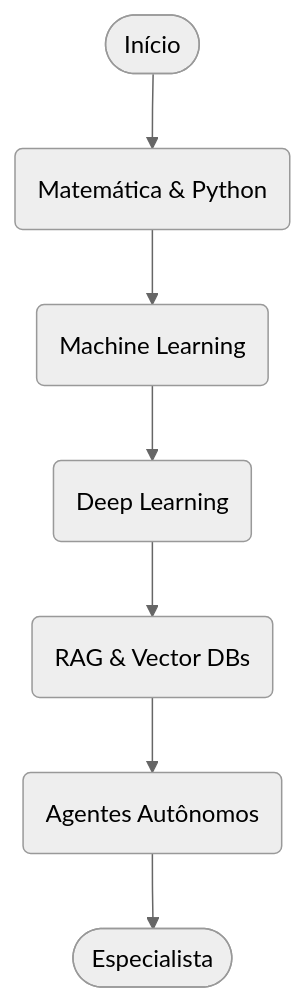
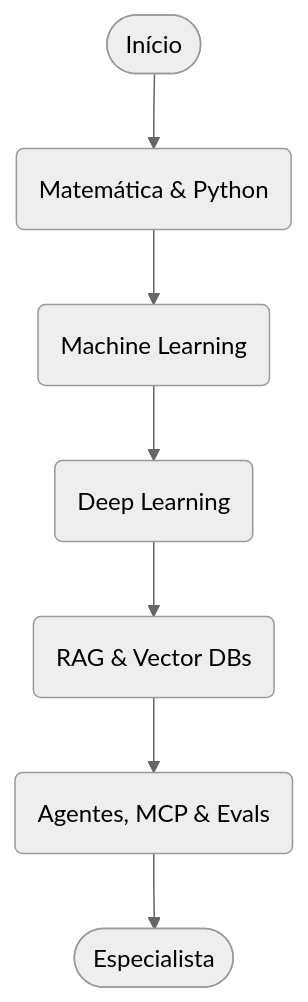
The diagram in roadmaps/ai/artificial-intelligence.md (juninmd/roadmap-developer), drawn with Mermaid (neutral theme) before and after one commit. The commit also changed other lines of this file and 22 other files, not shown here.

````diff
--- a/roadmaps/ai/artificial-intelligence.md
+++ b/roadmaps/ai/artificial-intelligence.md
@@ -5,9 +5,9 @@
 ```mermaid
 flowchart TD
     Start([Início]) --> Math(Matemática & Python)
     Math --> ML(Machine Learning)
     ML --> DL(Deep Learning)
     DL --> RAG(RAG & Vector DBs)
-    RAG --> Agents(Agentes Autônomos)
+    RAG --> Agents(Agentes, MCP & Evals)
     Agents --> Spec([Especialista])
 ```
````
